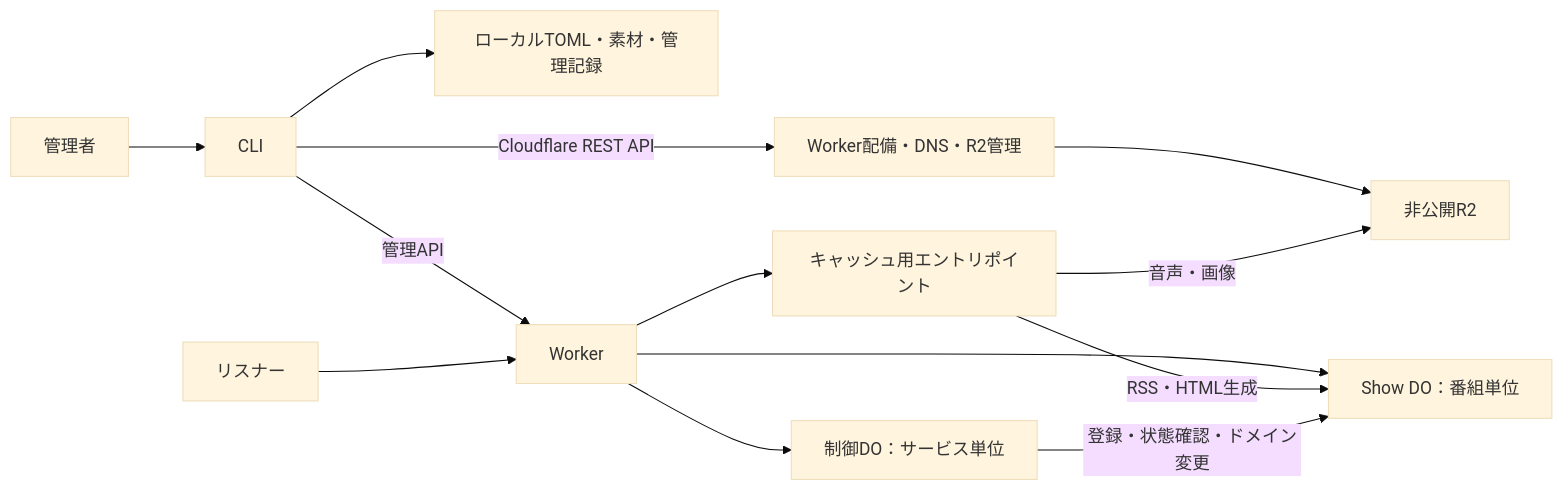
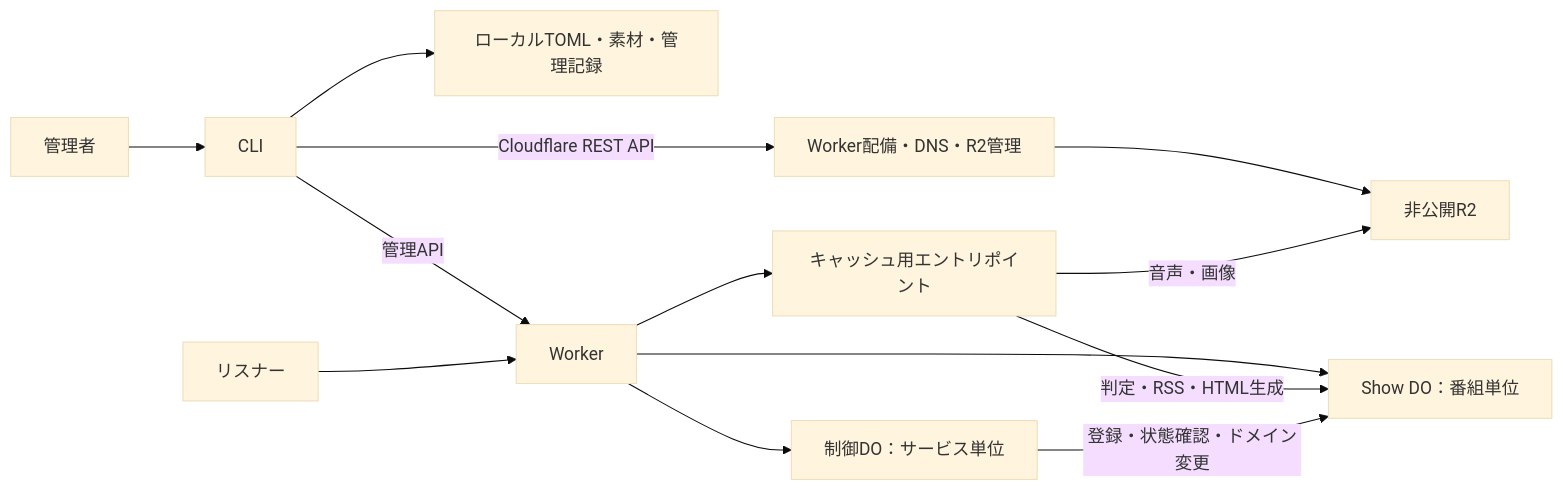
Before and after one commit to simosako/castloop-v2: the diagram in design/architecture.md, drawn with Mermaid (base theme). The commit also changed 2 other files, not shown here.

Commit message:
docs: align Show DO and testing docs with cached delivery decisions

````diff
--- a/design/architecture.md
+++ b/design/architecture.md
@@ -11,15 +11,15 @@
 ```mermaid
 flowchart LR
   Admin[管理者] --> CLI[CLI]
   CLI --> Local[ローカルTOML・素材・管理記録]
   CLI -->|管理API| Worker[Worker]
   CLI -->|Cloudflare REST API| CF[Worker配備・DNS・R2管理]
   CF --> R2[非公開R2]
   Listener[リスナー] --> Worker
   Worker --> Control[制御DO：サービス単位]
   Worker --> Show[Show DO：番組単位]
   Worker --> Cache[キャッシュ用エントリポイント]
   Cache -->|音声・画像| R2
-  Cache -->|RSS・HTML生成| Show
+  Cache -->|判定・RSS・HTML生成| Show
   Control -->|登録・状態確認・ドメイン変更| Show
 ```
````
